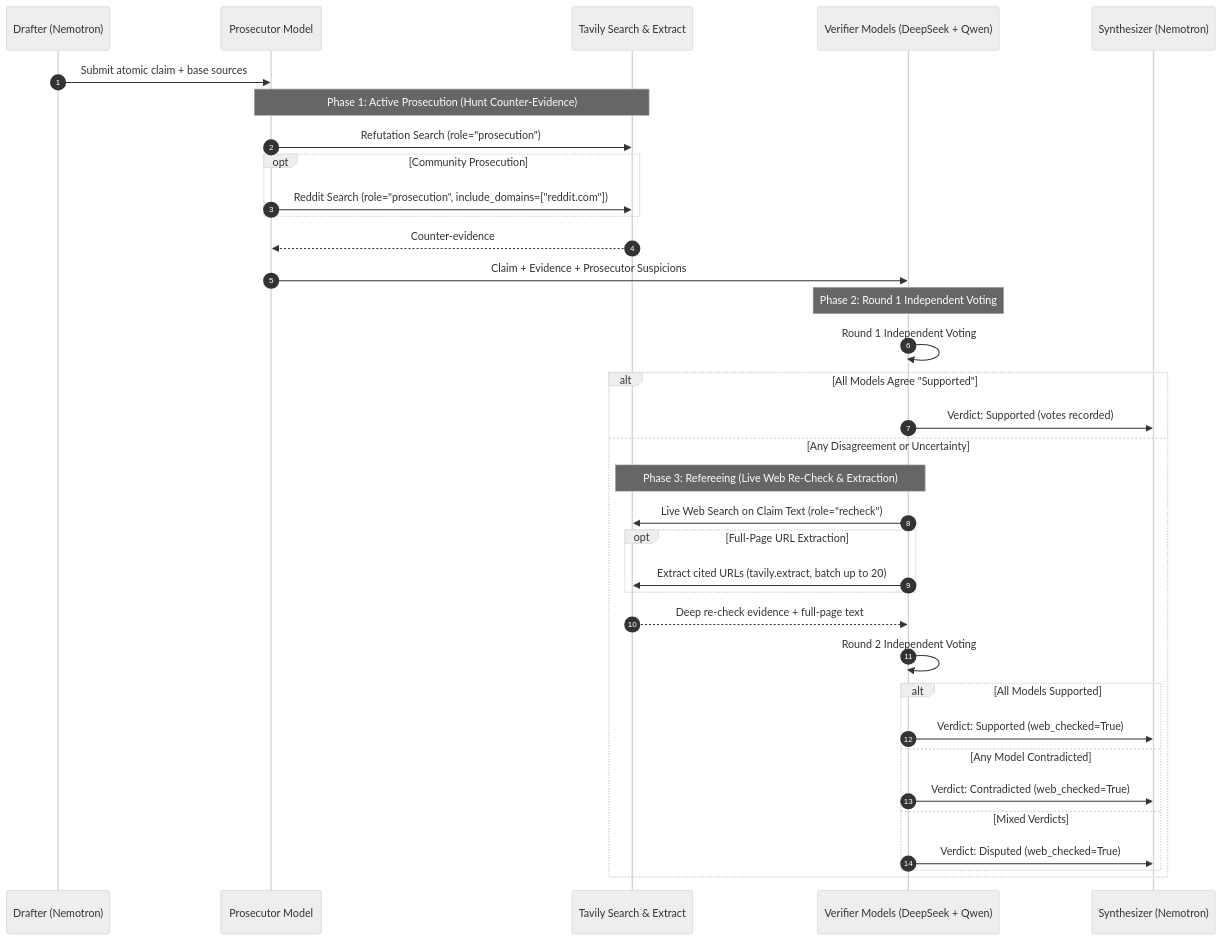
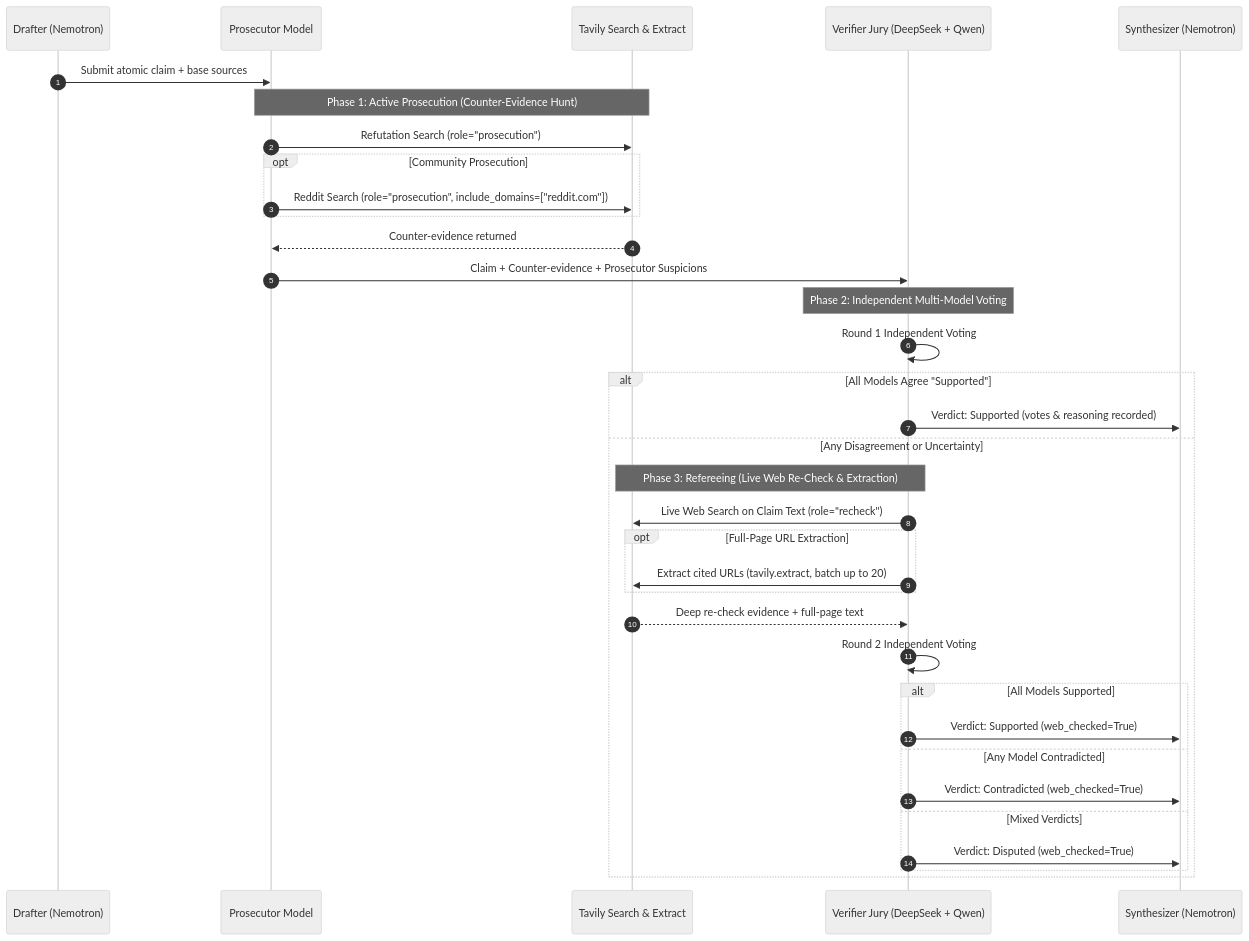
One commit to Siddhant75/vera changed the diagram in README.md. Above: the diagram before and after it, drawn with Mermaid (neutral theme). The commit also changed other lines of this file and 1 other file, not shown here.

````diff
--- a/README.md
+++ b/README.md
@@ -138,40 +213,40 @@
 ```mermaid
 sequenceDiagram
     autonumber
     participant D as Drafter (Nemotron)
     participant P as Prosecutor Model
     participant T as Tavily Search & Extract
-    participant V as Verifier Models (DeepSeek + Qwen)
+    participant V as Verifier Jury (DeepSeek + Qwen)
     participant S as Synthesizer (Nemotron)
 
     D->>P: Submit atomic claim + base sources
-    Note over P,T: Phase 1: Active Prosecution (Hunt Counter-Evidence)
+    Note over P,T: Phase 1: Active Prosecution (Counter-Evidence Hunt)
     P->>T: Refutation Search (role="prosecution")
     opt Community Prosecution
         P->>T: Reddit Search (role="prosecution", include_domains=["reddit.com"])
     end
-    T-->>P: Counter-evidence
-    P->>V: Claim + Evidence + Prosecutor Suspicions
+    T-->>P: Counter-evidence returned
+    P->>V: Claim + Counter-evidence + Prosecutor Suspicions
 
-    Note over V: Phase 2: Round 1 Independent Voting
+    Note over V: Phase 2: Independent Multi-Model Voting
     V->>V: Round 1 Independent Voting
 
     alt All Models Agree "Supported"
-        V->>S: Verdict: Supported (votes recorded)
+        V->>S: Verdict: Supported (votes & reasoning recorded)
     else Any Disagreement or Uncertainty
         Note over V,T: Phase 3: Refereeing (Live Web Re-Check & Extraction)
         V->>T: Live Web Search on Claim Text (role="recheck")
         opt Full-Page URL Extraction
             V->>T: Extract cited URLs (tavily.extract, batch up to 20)
         end
         T-->>V: Deep re-check evidence + full-page text
         V->>V: Round 2 Independent Voting
         alt All Models Supported
             V->>S: Verdict: Supported (web_checked=True)
         else Any Model Contradicted
             V->>S: Verdict: Contradicted (web_checked=True)
         else Mixed Verdicts
             V->>S: Verdict: Disputed (web_checked=True)
         end
     end
 ```
````
